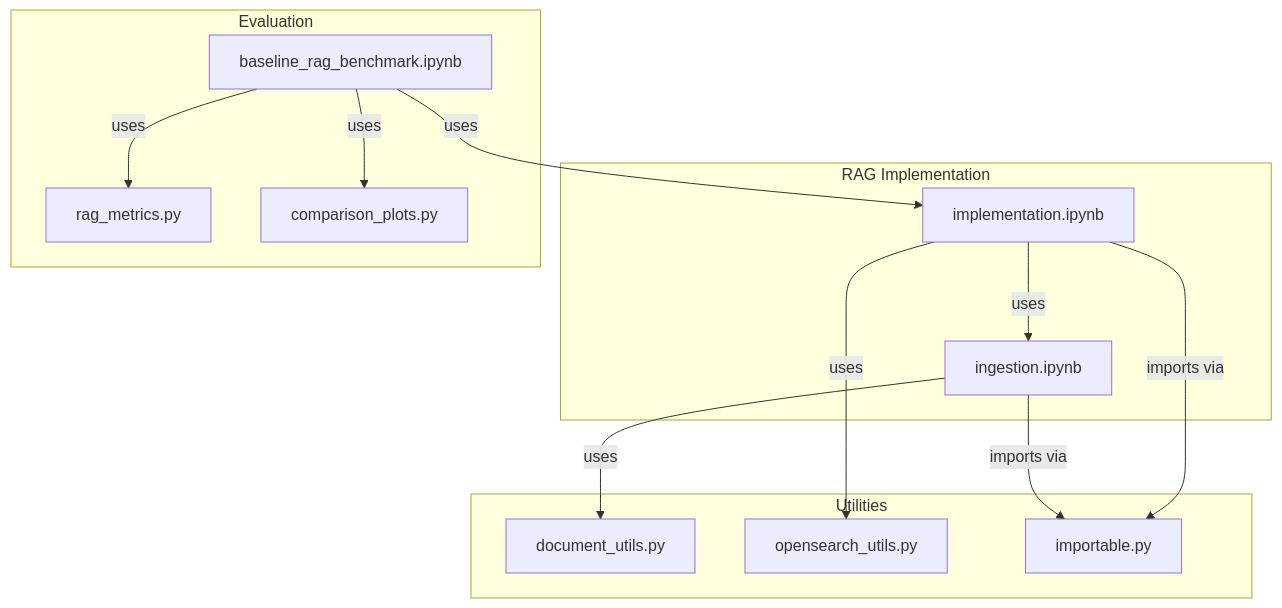
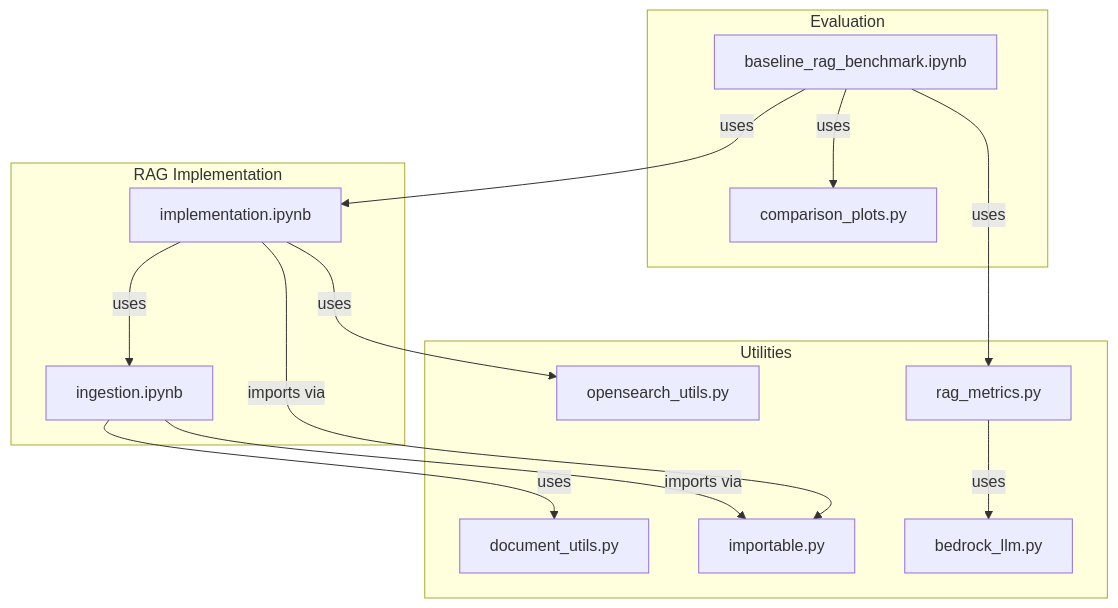
Before and after one commit to Inkmortal/LLM_Benchmarking: the first of 3 diagrams in cline_memory/codebase.md, drawn with Mermaid. The commit also changed other lines of this file and 11 other files, not shown here.

Commit message:
implemented inital graphrag

````diff
--- a/cline_memory/codebase.md
+++ b/cline_memory/codebase.md
@@ -6,27 +6,29 @@
 ```mermaid
 flowchart TD
     subgraph RAG [RAG Implementation]
         impl[implementation.ipynb]
         ing[ingestion.ipynb]
         impl -->|uses| ing
     end
 
     subgraph Utils [Utilities]
         doc[document_utils.py]
         os[opensearch_utils.py]
         imp[importable.py]
+        bedrock[bedrock_llm.py]
+        metrics[rag_metrics.py]
         ing -->|uses| doc
         impl -->|uses| os
         impl -->|imports via| imp
         ing -->|imports via| imp
+        metrics -->|uses| bedrock
     end
 
     subgraph Eval [Evaluation]
         bench[baseline_rag_benchmark.ipynb]
-        metrics[rag_metrics.py]
         viz[comparison_plots.py]
         bench -->|uses| impl
         bench -->|uses| metrics
         bench -->|uses| viz
     end
 ```
````
